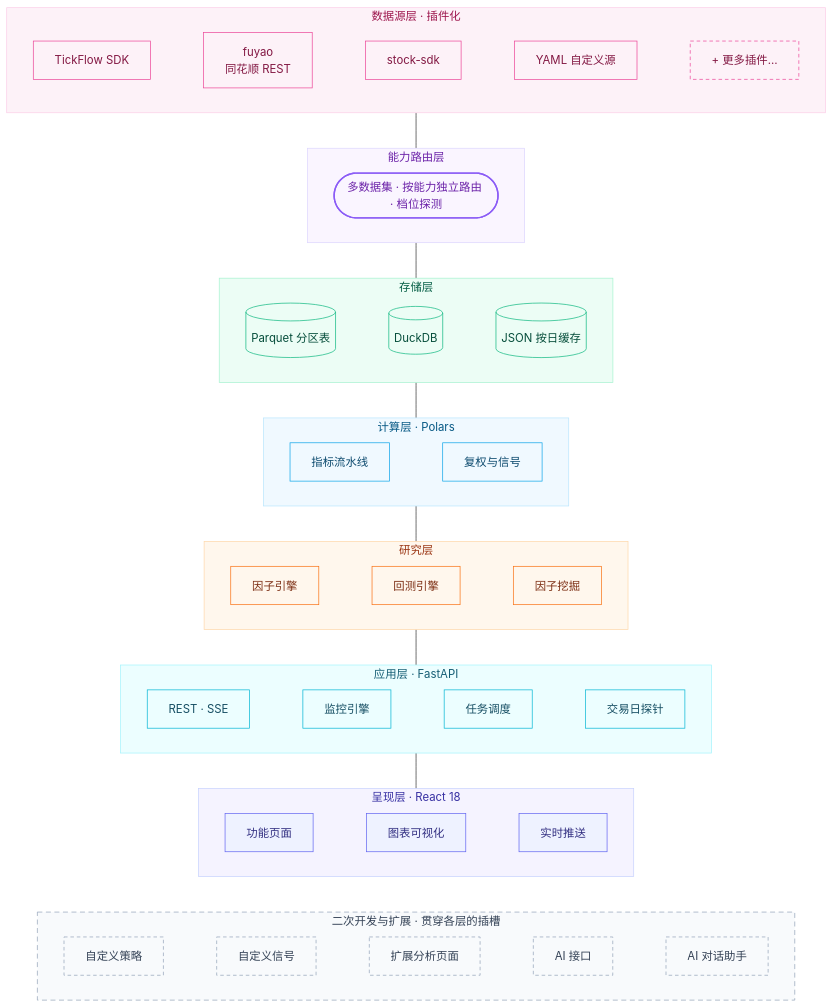
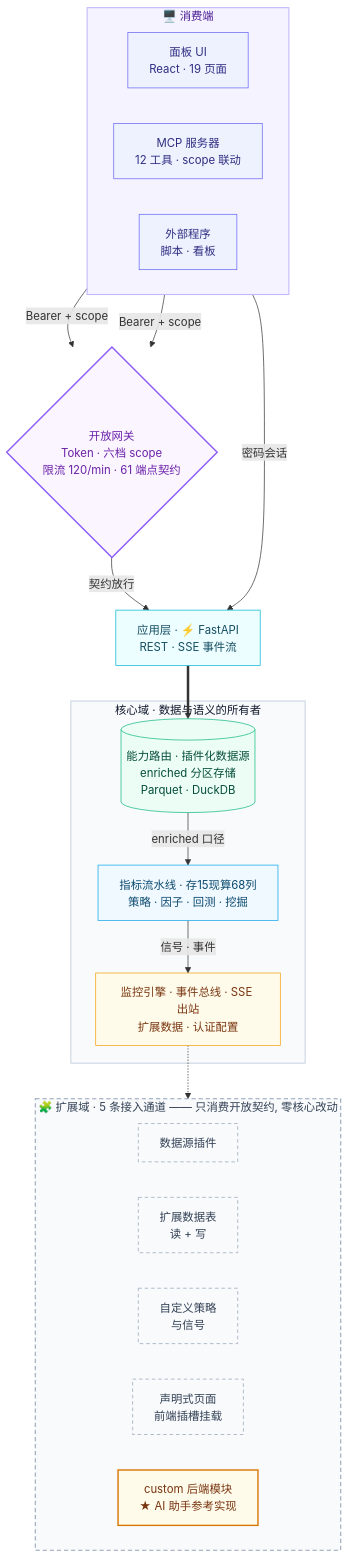
The diagram in README.md (always1ov/tickflow-stock-panel), drawn with Mermaid before and after one commit. The commit also changed other lines of this file and 196 other files, not shown here.

````diff
--- a/README.md
+++ b/README.md
@@ -261,79 +276,59 @@
 ```mermaid
 flowchart TB
-    subgraph DATA["数据源层 · 插件化"]
+    subgraph CLIENTS["🖥️ 消费端"]
         direction LR
-        D1["TickFlow SDK"] ~~~ D2["fuyao<br/>同花顺 REST"] ~~~ D3["stock-sdk"] ~~~ D4["YAML 自定义源"] ~~~ D5["+ 更多插件…"]
+        UI["面板 UI<br/>React · 19 页面"]
+        MCP["MCP 服务器<br/>12 工具 · scope 联动"]
+        APPC["外部程序<br/>脚本 · 看板"]
     end
 
-    subgraph ROUTE["能力路由层"]
-        direction LR
-        R(["多数据集 · 按能力独立路由 · 档位探测"])
+    GW{"开放网关<br/>Token · 六档 scope<br/>限流 120/min · 61 端点契约"}
+
+    API["应用层 · ⚡ FastAPI<br/>REST · SSE 事件流"]
+
+    subgraph CORE["核心域 · 数据与语义的所有者"]
+        S1[("能力路由 · 插件化数据源<br/>enriched 分区存储<br/>Parquet · DuckDB")]
+        S2["指标流水线 · 存15现算68列<br/>策略 · 因子 · 回测 · 挖掘"]
+        S3["监控引擎 · 事件总线 · SSE 出站<br/>扩展数据 · 认证配置"]
+        S1 -->|"enriched 口径"| S2
+        S2 -->|"信号 · 事件"| S3
     end
 
-    subgraph STORE["存储层"]
+    subgraph EXT["🧩 扩展域 · 5 条接入通道 —— 只消费开放契约, 零核心改动"]
         direction LR
-        ST1[("Parquet 分区表")] ~~~ ST2[("DuckDB")] ~~~ ST3[("JSON 按日缓存")]
+        X1["数据源插件"]
+        X2["扩展数据表<br/>读 + 写"]
+        X3["自定义策略<br/>与信号"]
+        X4["声明式页面<br/>前端插槽挂载"]
+        X5["custom 后端模块<br/>★ AI 助手参考实现"]
     end
 
-    subgraph CALC["计算层 · Polars"]
-        direction LR
-        C1["指标流水线"] ~~~ C2["复权与信号"]
-    end
+    UI -->|"密码会话"| API
+    MCP -->|"Bearer + scope"| GW
+    APPC -->|"Bearer + scope"| GW
+    GW -->|"契约放行"| API
+    API ==> S1
+    S3 -.-> X3
 
-    subgraph RES["研究层"]
-        direction LR
-        G1["因子引擎"] ~~~ G2["回测引擎"] ~~~ G3["因子挖掘"]
-    end
+    classDef client fill:#eef2ff,stroke:#6366f1,color:#312e81
+    classDef gate fill:#faf5ff,stroke:#8b5cf6,color:#6b21a8,stroke-width:2px
+    classDef svc fill:#ecfeff,stroke:#06b6d4,color:#164e63
+    classDef fdn fill:#ecfdf5,stroke:#10b981,color:#064e3b
+    classDef cmp fill:#f0f9ff,stroke:#0ea5e9,color:#0c4a6e
+    classDef pdc fill:#fffbeb,stroke:#f59e0b,color:#78350f
+    classDef ext fill:#f8fafc,stroke:#94a3b8,color:#334155,stroke-dasharray:5 4
+    classDef star fill:#fffbeb,stroke:#d97706,color:#78350f,stroke-width:2px
 
-    subgraph SVC["应用层 · FastAPI"]
-        direction LR
-        S1["REST · SSE"] ~~~ S2["监控引擎"] ~~~ S3["任务调度"] ~~~ S4["交易日探针"]
-    end
+    class UI,MCP,APPC client
+    class GW gate
+    class API svc
+    class S1 fdn
+    class S2 cmp
+    class S3 pdc
+    class X1,X2,X3,X4 ext
+    class X5 star
 
-    subgraph FE["呈现层 · React 18"]
-        direction LR
-        F1["功能页面"] ~~~ F2["图表可视化"] ~~~ F3["实时推送"]
-    end
-
-    subgraph EXT["二次开发与扩展 · 贯穿各层的插槽"]
-        direction LR
-        X1["自定义策略"] ~~~ X2["自定义信号"] ~~~ X3["扩展分析页面"] ~~~ X4["AI 接口"] ~~~ X5["AI 对话助手"]
-    end
-
-    DATA --- ROUTE
-    ROUTE --- STORE
-    STORE --- CALC
-    CALC --- RES
-    RES --- SVC
-    SVC --- FE
-    FE ~~~ EXT
-
-    classDef fe fill:#eef2ff,stroke:#6366f1,color:#312e81
-    classDef svc fill:#ecfeff,stroke:#06b6d4,color:#164e63
-    classDef res fill:#fff7ed,stroke:#f97316,color:#7c2d12
-    classDef calc fill:#f0f9ff,stroke:#0ea5e9,color:#0c4a6e
-    classDef store fill:#ecfdf5,stroke:#10b981,color:#064e3b
-    classDef data fill:#fdf2f8,stroke:#ec4899,color:#831843
-    classDef pluginSlot fill:#fdf2f8,stroke:#ec4899,color:#831843,stroke-dasharray:5 4
-    classDef route fill:#faf5ff,stroke:#8b5cf6,color:#6b21a8,stroke-width:2px
-    classDef ext fill:#f8fafc,stroke:#94a3b8,color:#334155,stroke-dasharray:5 4
-
-    class F1,F2,F3 fe
-    class S1,S2,S3,S4 svc
-    class G1,G2,G3 res
-    class C1,C2 calc
-    class ST1,ST2,ST3 store
-    class D1,D2,D3,D4 data
-    class D5 pluginSlot
-    class R route
-    class X1,X2,X3,X4,X5 ext
-
-    style FE fill:#f5f3ff,stroke:#c7d2fe,color:#3730a3
-    style SVC fill:#ecfeff,stroke:#a5f3fc,color:#155e75
-    style RES fill:#fff7ed,stroke:#fed7aa,color:#9a3412
-    style CALC fill:#f0f9ff,stroke:#bae6fd,color:#075985
-    style STORE fill:#ecfdf5,stroke:#a7f3d0,color:#065f46
-    style ROUTE fill:#faf5ff,stroke:#ddd6fe,color:#6b21a8
-    style DATA fill:#fdf2f8,stroke:#fbcfe8,color:#9d174d
-    style EXT fill:#f8fafc,stroke:#94a3b8,color:#334155,stroke-dasharray:7 5
+    style CLIENTS fill:#f5f3ff,stroke:#c4b5fd,stroke-width:1.5px,color:#4c1d95
+    style CORE fill:#f8fafc,stroke:#cbd5e1,stroke-width:1.5px,color:#0f172a
+    style EXT fill:#f8fafc,stroke:#94a3b8,stroke-width:1.5px,stroke-dasharray:6 4,color:#334155
 ```
````
